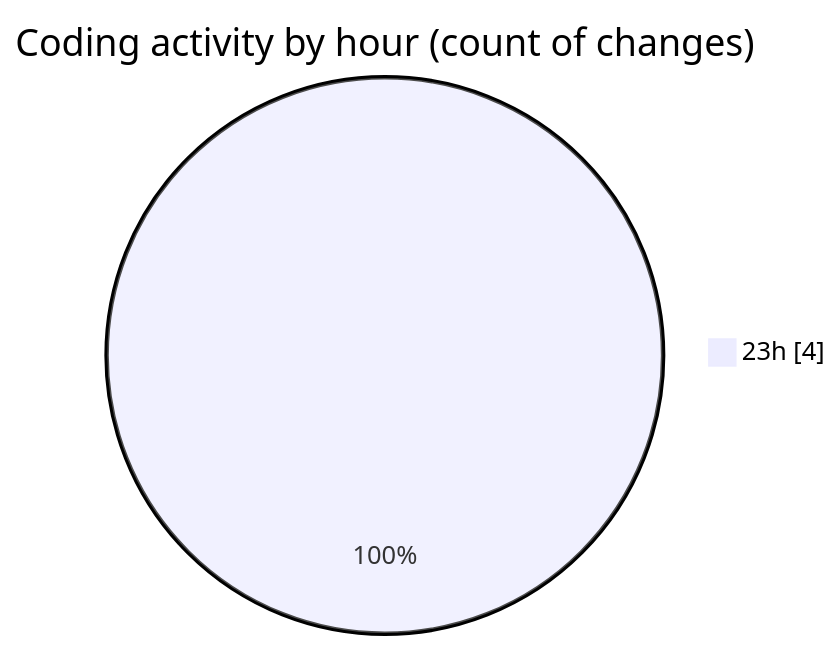
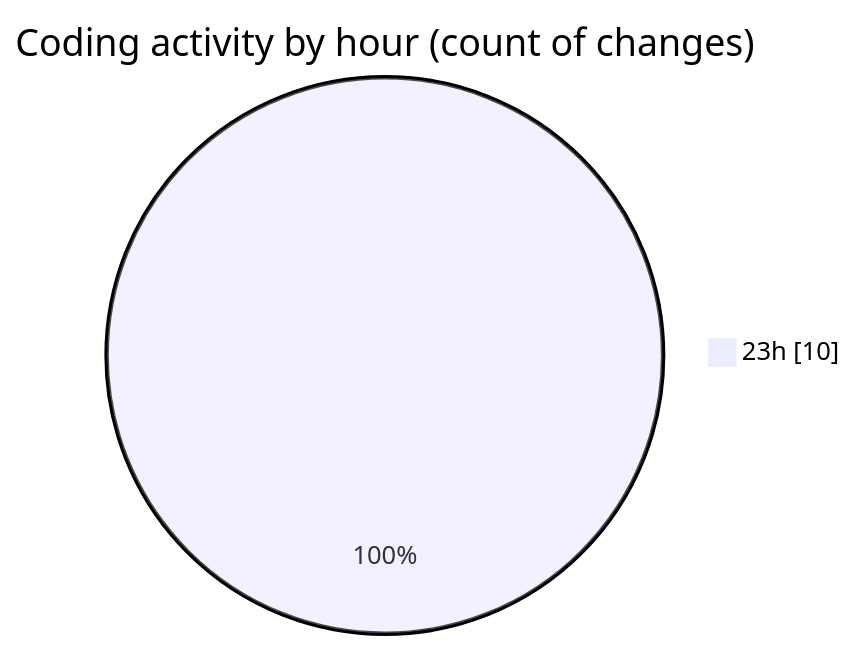
The second of 2 diagrams in 2025-07-10/shopaccv1/README.md (lephambinh05/code-tracking), drawn with Mermaid before and after one commit. The commit also changed other lines of this file and 1 other file, not shown here.

````diff
--- a/2025-07-10/shopaccv1/README.md
+++ b/2025-07-10/shopaccv1/README.md
@@ -30,5 +34,5 @@
 ```mermaid
 pie showData
 title Coding activity by hour (count of changes)
-"23h" : 4
+"23h" : 10
 ```
````
